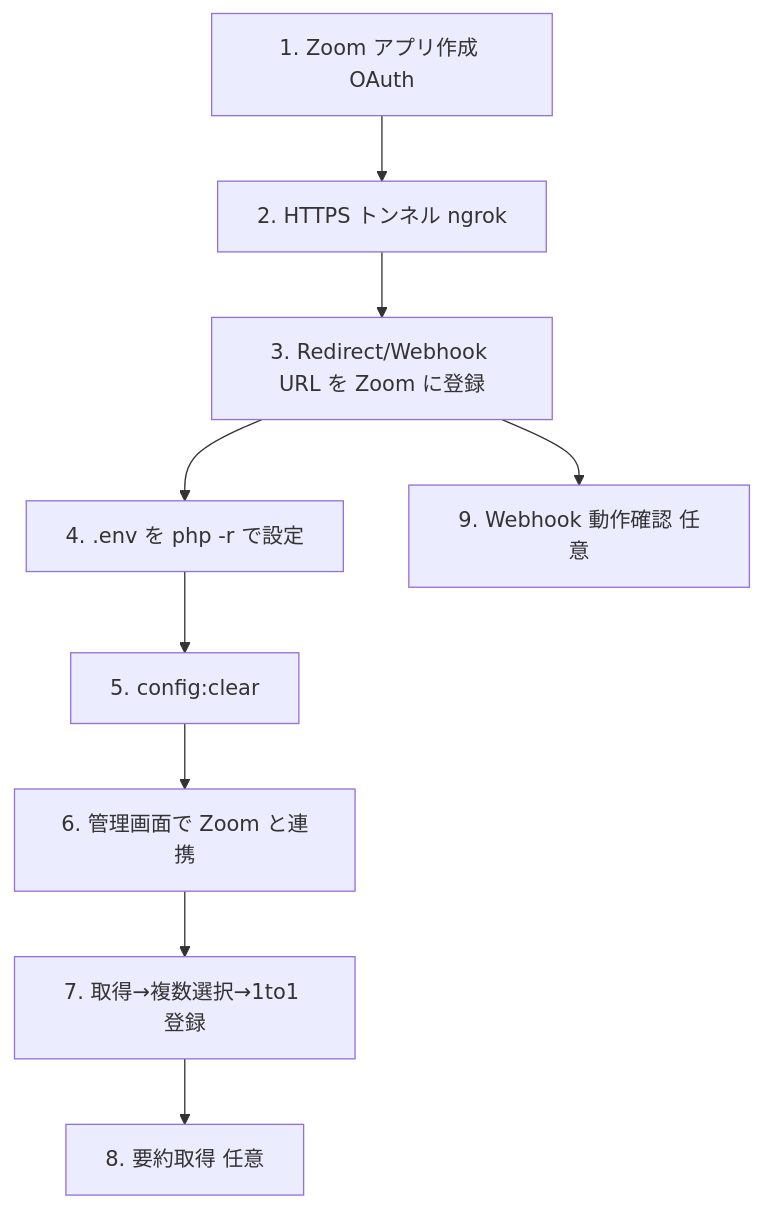
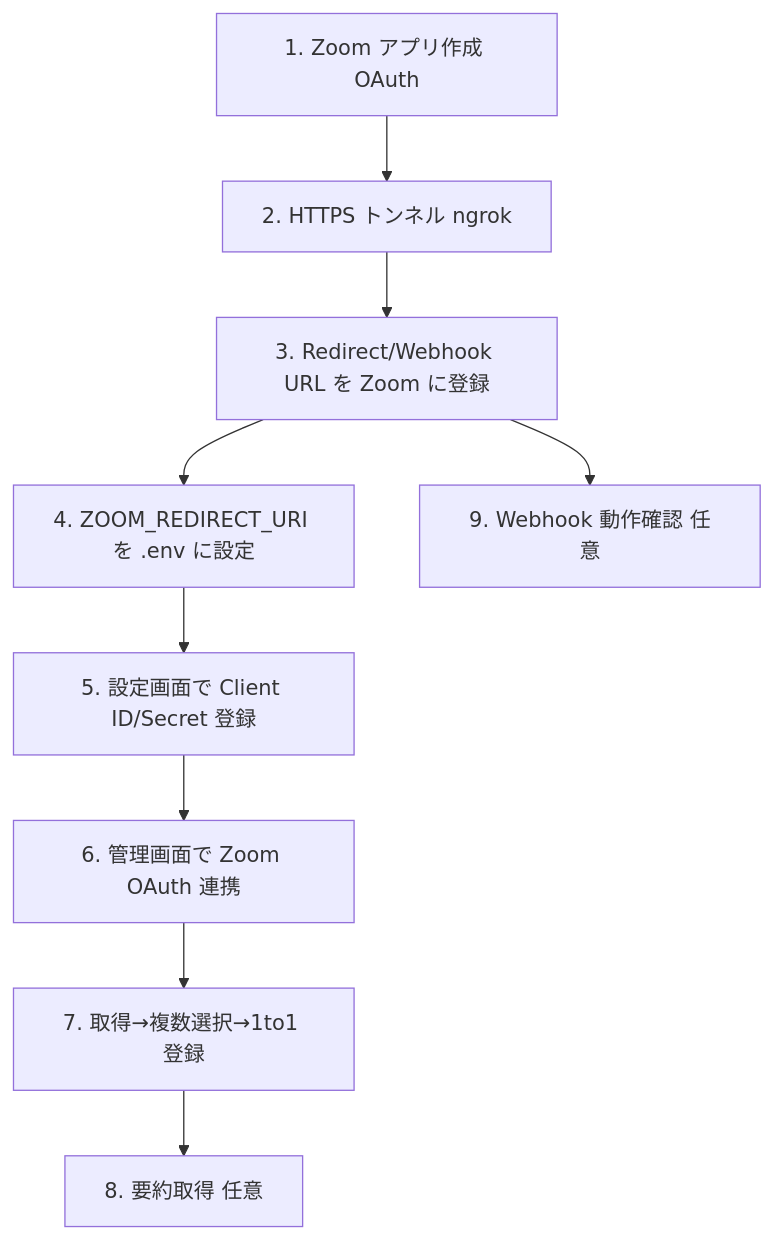
The diagram in docs/SSOT/ZOOM_INTEGRATION_SETUP.md (tugilo/dragonfly), drawn with Mermaid before and after one commit. The commit also changed other lines of this file and 24 other files, not shown here.

````diff
--- a/docs/SSOT/ZOOM_INTEGRATION_SETUP.md
+++ b/docs/SSOT/ZOOM_INTEGRATION_SETUP.md
@@ -15,11 +16,11 @@
 ```mermaid
 flowchart TB
   A[1. Zoom アプリ作成 OAuth] --> B[2. HTTPS トンネル ngrok]
   B --> C[3. Redirect/Webhook URL を Zoom に登録]
-  C --> D[4. .env を php -r で設定]
-  D --> E[5. config:clear]
-  E --> F[6. 管理画面で Zoom と連携]
+  C --> D[4. ZOOM_REDIRECT_URI を .env に設定]
+  D --> E[5. 設定画面で Client ID/Secret 登録]
+  E --> F[6. 管理画面で Zoom OAuth 連携]
   F --> G[7. 取得→複数選択→1to1 登録]
   G --> H[8. 要約取得 任意]
   C --> I[9. Webhook 動作確認 任意]
 ```
````
